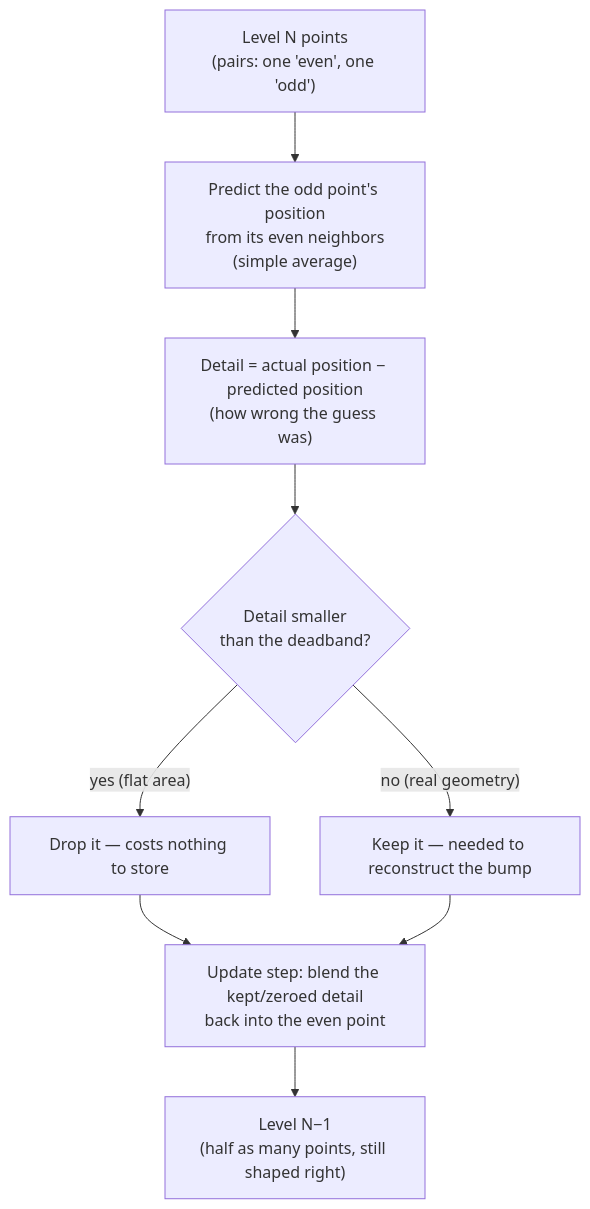
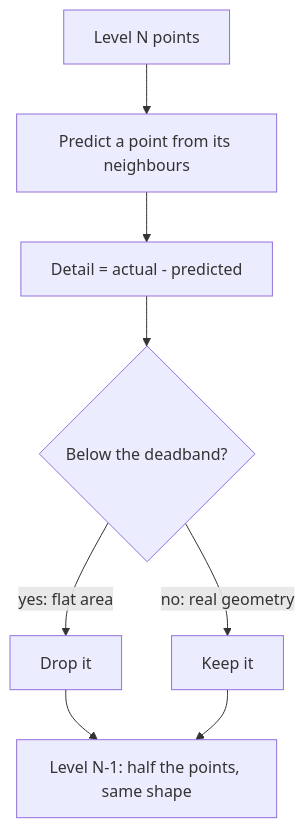
Before and after one commit to dewilkinson/splatlab: the third of 3 diagrams in docs/USER_GUIDE.md, drawn with Mermaid. The commit also changed other lines of this file and 1 other file, not shown here.

First line of the commit message:
Rewrite the User Guide and README: shorter, an overview of the application and its concepts, proprietary internals described at concept level

````diff
--- a/docs/USER_GUIDE.md
+++ b/docs/USER_GUIDE.md
@@ -128,11 +151,10 @@
 ```mermaid
 flowchart TD
-    L["Level N points<br/>(pairs: one 'even', one 'odd')"] --> Predict["Predict the odd point's position<br/>from its even neighbors<br/>(simple average)"]
-    Predict --> Detail["Detail = actual position − predicted position<br/>(how wrong the guess was)"]
-    Detail --> Dead{"Detail smaller<br/>than the deadband?"}
-    Dead -- "yes (flat area)" --> Zero["Drop it — costs nothing to store"]
-    Dead -- "no (real geometry)" --> Keep["Keep it — needed to reconstruct the bump"]
-    Zero --> Update["Update step: blend the kept/zeroed detail<br/>back into the even point"]
-    Keep --> Update
-    Update --> LN1["Level N−1<br/>(half as many points, still shaped right)"]
+    L["Level N points"] --> Predict["Predict a point from its neighbours"]
+    Predict --> Detail["Detail = actual - predicted"]
+    Detail --> Dead{"Below the deadband?"}
+    Dead -- "yes: flat area" --> Zero["Drop it"]
+    Dead -- "no: real geometry" --> Keep["Keep it"]
+    Zero --> Next["Level N-1: half the points, same shape"]
+    Keep --> Next
 ```
````
